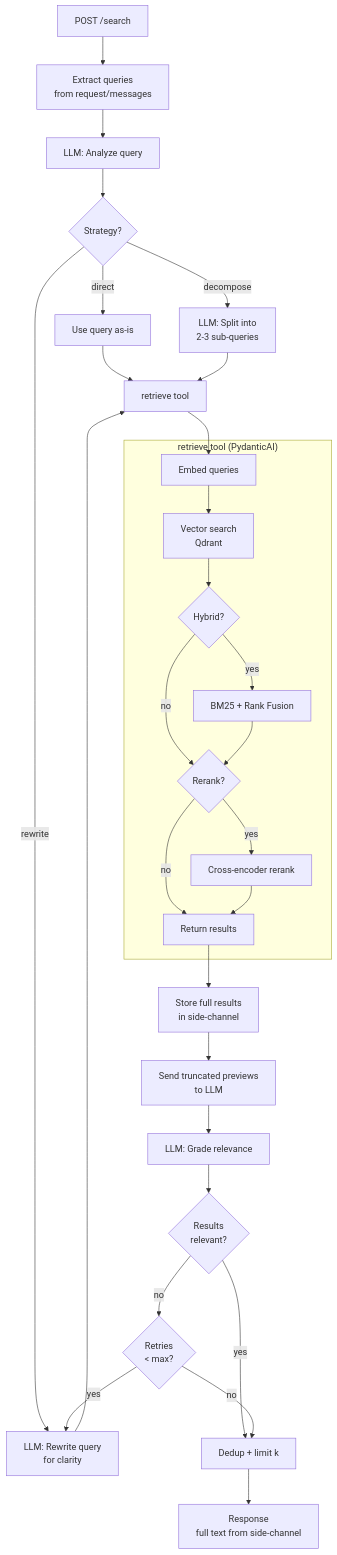
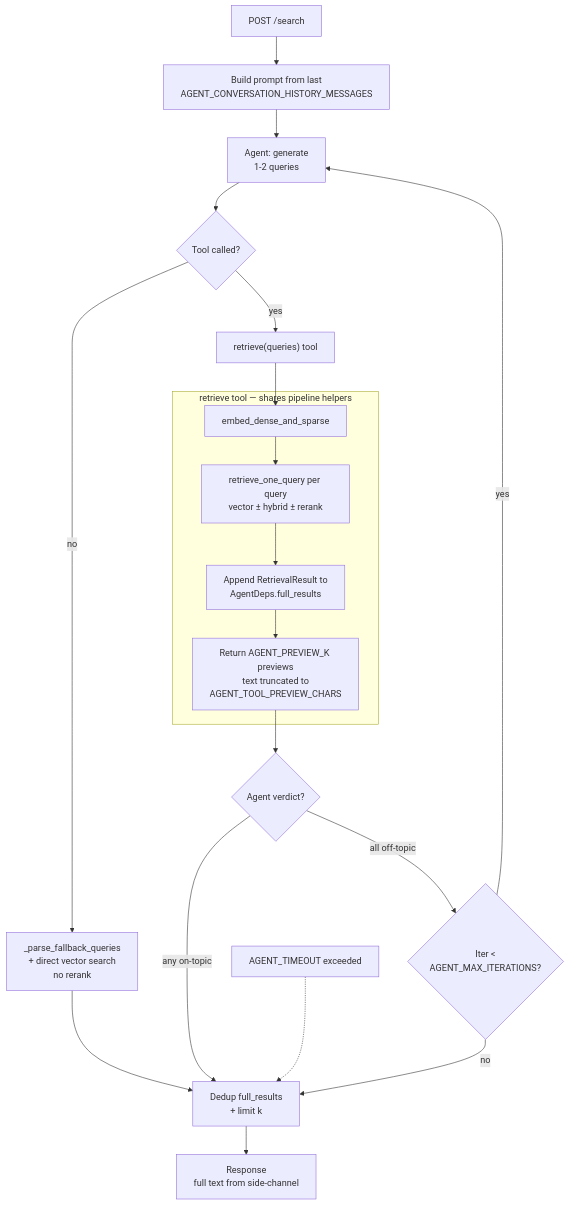
One commit to AarhusAI/retrieval-agent changed the second of 2 diagrams in README.md. Above: the diagram before and after it, drawn with Mermaid. The commit also changed other lines of this file and 23 other files, not shown here.

````diff
--- a/README.md
+++ b/README.md
@@ -230,34 +245,25 @@
 ```mermaid
 flowchart TD
-    A[POST /search] --> B[Extract queries\nfrom request/messages]
-    B --> C[LLM: Analyze query]
-    C --> D{Strategy?}
-    D -- direct --> E[Use query as-is]
-    D -- rewrite --> F[LLM: Rewrite query\nfor clarity]
-    D -- decompose --> G[LLM: Split into\n2-3 sub-queries]
-    E --> H[retrieve tool]
-    F --> H
-    G --> H
+    A[POST /search] --> B[Build prompt from last<br/>AGENT_CONVERSATION_HISTORY_MESSAGES]
+    B --> C[Agent: generate<br/>1-2 queries]
+    C --> D{Tool called?}
+    D -- no --> FB[_parse_fallback_queries<br/>+ direct vector search<br/>no rerank]
+    D -- yes --> H["retrieve(queries) tool"]
 
-    subgraph retrieve ["retrieve tool (PydanticAI)"]
-        H1[Embed queries] --> H2[Vector search\nQdrant]
-        H2 --> H3{Hybrid?}
-        H3 -- yes --> H4[BM25 + Rank Fusion]
-        H3 -- no --> H5{Rerank?}
-        H4 --> H5
-        H5 -- yes --> H6[Cross-encoder rerank]
-        H5 -- no --> H7[Return results]
-        H6 --> H7
+    subgraph retrieve ["retrieve tool — shares pipeline helpers"]
+        H1[embed_dense_and_sparse] --> H2[retrieve_one_query per query<br/>vector ± hybrid ± rerank]
+        H2 --> H3[Append RetrievalResult to<br/>AgentDeps.full_results]
+        H3 --> H4[Return AGENT_PREVIEW_K previews<br/>text truncated to<br/>AGENT_TOOL_PREVIEW_CHARS]
     end
 
     H --> H1
-    H7 --> I[Store full results\nin side-channel]
-    I --> J[Send truncated previews\nto LLM]
-    J --> K[LLM: Grade relevance]
-    K --> L{Results\nrelevant?}
-    L -- yes --> M[Dedup + limit k]
-    L -- no --> N{Retries\n< max?}
-    N -- yes --> F
+    H4 --> K{Agent verdict?}
+    K -- any on-topic --> M[Dedup full_results<br/>+ limit k]
+    K -- all off-topic --> N{Iter <<br/>AGENT_MAX_ITERATIONS?}
+    N -- yes --> C
     N -- no --> M
-    M --> O[Response\nfull text from side-channel]
+    FB --> M
+
+    T[AGENT_TIMEOUT exceeded] -.-> M
+    M --> O[Response<br/>full text from side-channel]
 ```
````
